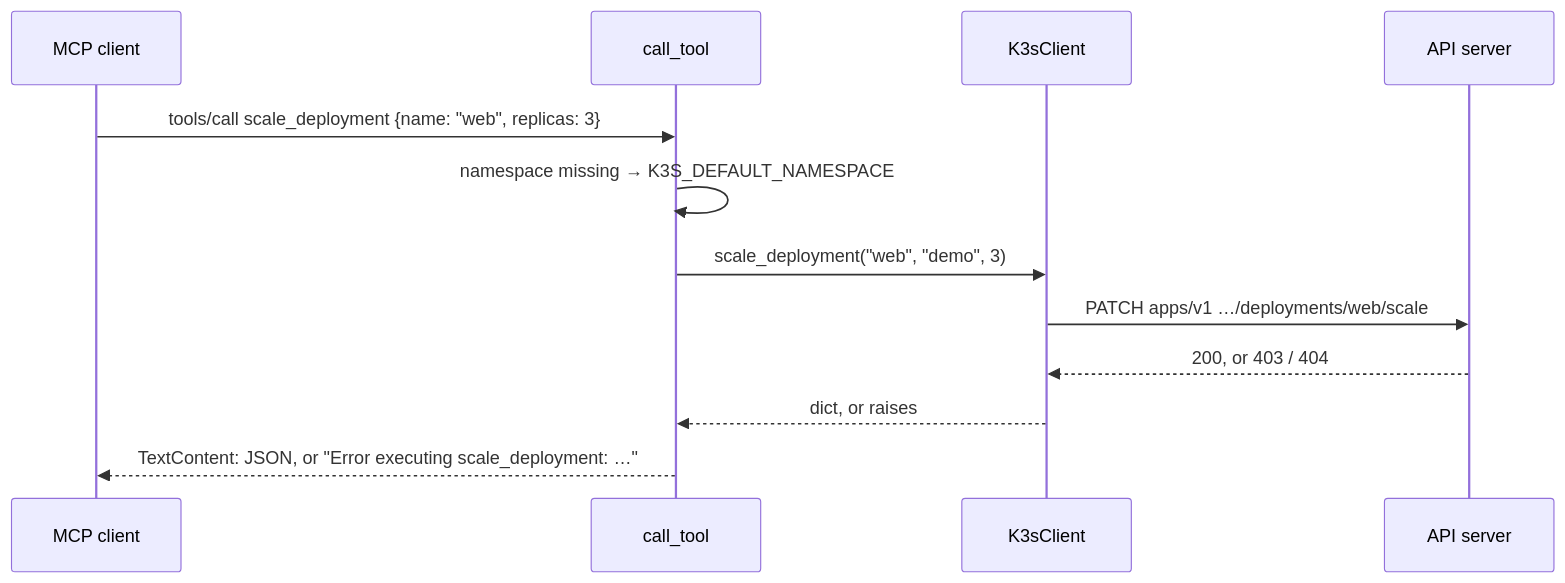
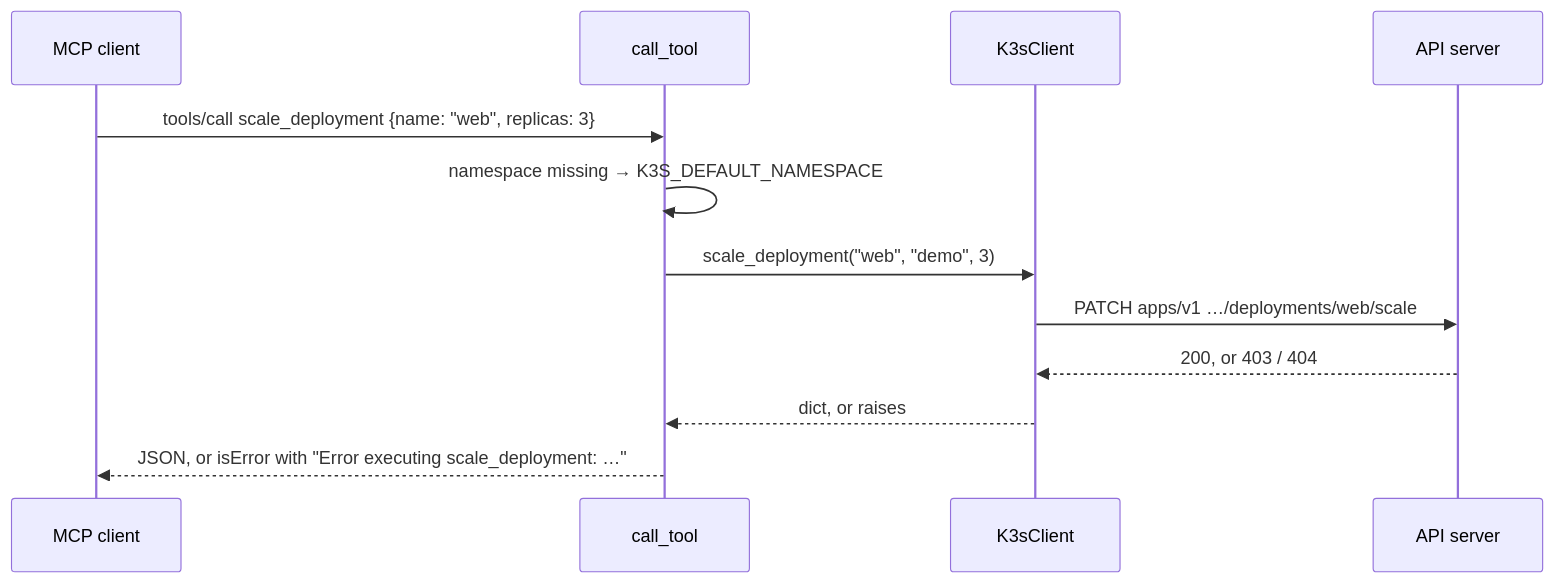
The second of 2 diagrams in docs/ARCHITECTURE.md (ry-ops/k3s-mcp-server), drawn with Mermaid before and after one commit. The commit also changed other lines of this file and 9 other files, not shown here.

````diff
--- a/docs/ARCHITECTURE.md
+++ b/docs/ARCHITECTURE.md
@@ -40,14 +40,14 @@
 ```mermaid
 sequenceDiagram
     participant C as MCP client
     participant R as call_tool
     participant K as K3sClient
     participant A as API server
     C->>R: tools/call scale_deployment {name: "web", replicas: 3}
     R->>R: namespace missing → K3S_DEFAULT_NAMESPACE
     R->>K: scale_deployment("web", "demo", 3)
     K->>A: PATCH apps/v1 …/deployments/web/scale
     A-->>K: 200, or 403 / 404
     K-->>R: dict, or raises
-    R-->>C: TextContent: JSON, or "Error executing scale_deployment: …"
+    R-->>C: JSON, or isError with "Error executing scale_deployment: …"
 ```
````
